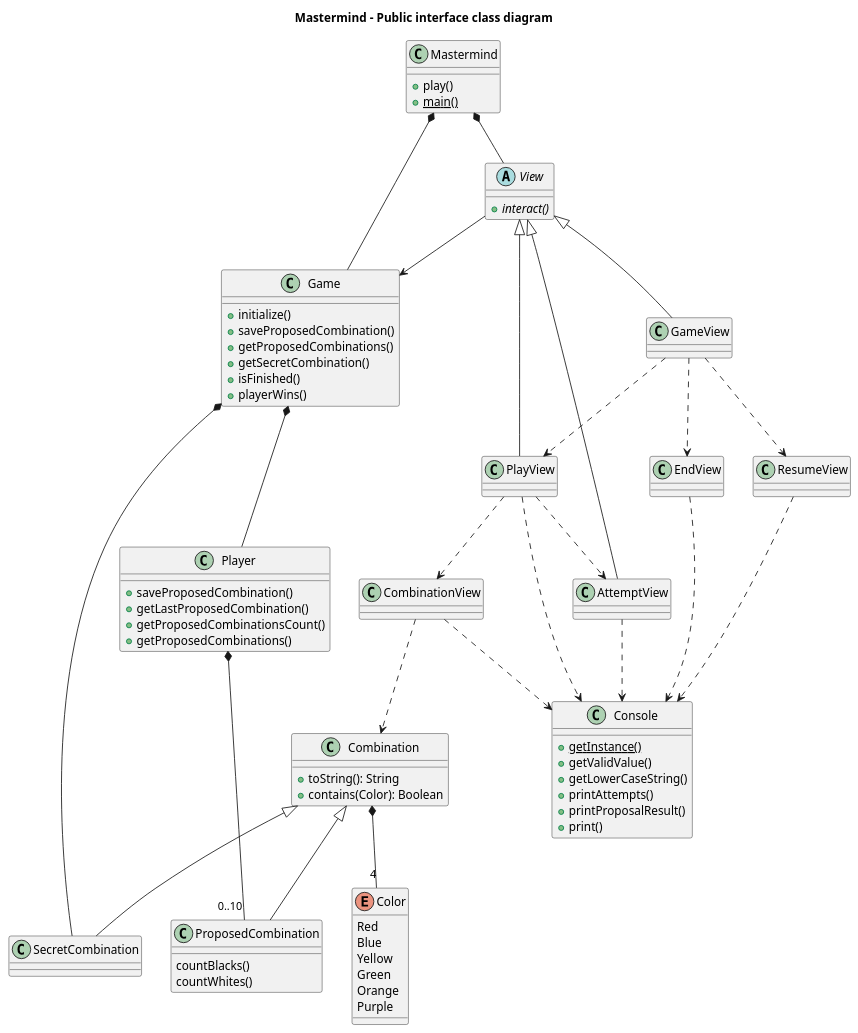
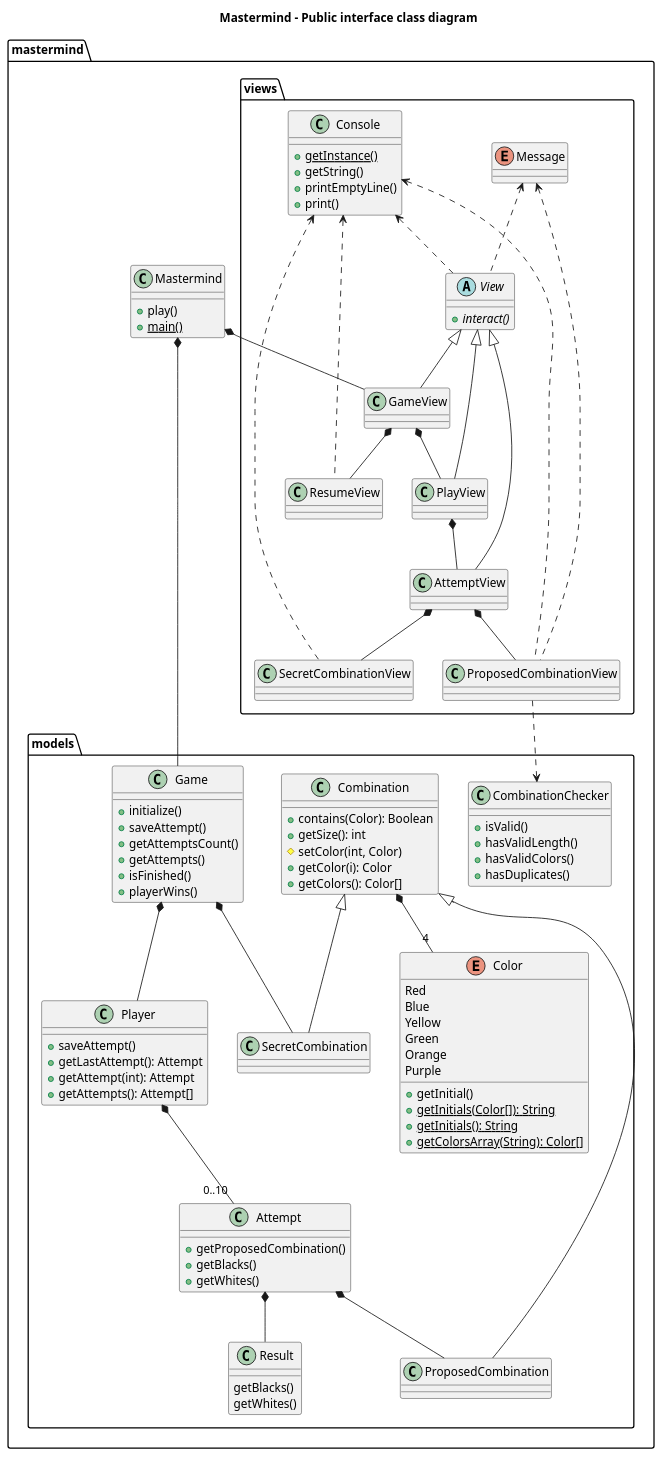
One commit to Master-Desarrollo-20-21/diseno-oo-ejercicio2-mastermind-document-view-ferllop changed the diagram in diagram.plantuml. Above: the diagram before and after it, drawn with PlantUML.

Commit message:
Update diagram.plantuml
Implement DocumentView. Second chance

```diff
--- a/diagram.plantuml
+++ b/diagram.plantuml
@@ -1,81 +1,119 @@
 @startuml
 
 title Mastermind - Public interface class diagram
 
-class Mastermind {
-    +play()
-    +{static} main()
+package mastermind{
+
+    class Mastermind {
+        +play()
+        +{static} main()
+    }
+    
+    package mastermind.models {
+        Mastermind *-- Game
+        
+        class Game {
+            +initialize()
+            +saveAttempt()
+            +getAttemptsCount()
+            +getAttempts()
+            +isFinished()
+            +playerWins()
+        }
+        Game *-- SecretCombination
+        Game *-- Player
+        
+        class Combination{
+            +contains(Color): Boolean
+            +getSize(): int
+            #setColor(int, Color)
+            +getColor(i): Color
+            +getColors(): Color[]
+        }
+        Combination *-- "4" Color
+        Combination <|-- SecretCombination
+        Combination <|-- ProposedCombination
+        
+        class Attempt {
+            +getProposedCombination()
+            +getBlacks()
+            +getWhites()
+        }
+        Attempt *-- ProposedCombination
+        Attempt *-- Result
+        
+        class Result {
+            getBlacks()
+            getWhites()
+        }
+        
+        class Player {
+            +saveAttempt()
+            +getLastAttempt(): Attempt
+            +getAttempt(int): Attempt
+            +getAttempts(): Attempt[]
+        }
+        Player *-- "0..10"Attempt
+        
+        Enum Color {
+            Red
+            Blue
+            Yellow
+            Green
+            Orange
+            Purple
+            +getInitial()
+            +{static}getInitials(Color[]): String
+            +{static}getInitials(): String
+            +{static}getColorsArray(String): Color[]
+        }
+        
+        class CombinationChecker{
+            +isValid()
+            +hasValidLength()
+            +hasValidColors()
+            +hasDuplicates()
+        }
+    }
+    
+    package mastermind.views {
+        Mastermind *-- GameView
+        
+        abstract class View {
+            +{abstract}interact()
+        }
+        View <|-- GameView
+        View <|-- PlayView
+        View <|-- AttemptView
+        
+        class GameView{}
+        GameView *-- PlayView
+        GameView *-- ResumeView
+        
+        class PlayView{}
+        PlayView *-- AttemptView
+        
+        class AttemptView{}
+        AttemptView *-- ProposedCombinationView
+        AttemptView *-- SecretCombinationView
+        
+        class ProposedCombinationView{}
+        ProposedCombinationView ..> CombinationChecker
+        
+        enum Message{}
+        Message <.. ProposedCombinationView
+        Message <.. View
+        
+        class Console {
+            +{static}getInstance()
+            +getString()
+            +printEmptyLine()
+            +print()
+        }
+        Console <.. View
+        Console <.. ProposedCombinationView
+        Console <.. SecretCombinationView
+        Console <.. ResumeView
+    }
 }
-Mastermind *-- Game
-Mastermind *-- View
-
-class Game {
-    +initialize()
-    +saveProposedCombination()
-    +getProposedCombinations()
-    +getSecretCombination()
-    +isFinished()
-    +playerWins()
-}
-Game *-- SecretCombination
-Game *-- Player
-
-class Combination{
-    +toString(): String
-    +contains(Color): Boolean
-}
-Combination *-- "4" Color
-Combination <|-- SecretCombination
-Combination <|-- ProposedCombination
-
-class ProposedCombination {
-    countBlacks()
-    countWhites()
-}
-
-class Player {
-    +saveProposedCombination()
-    +getLastProposedCombination()
-    +getProposedCombinationsCount()
-    +getProposedCombinations()
-}
-Player *-- "0..10"ProposedCombination
-
-Enum Color {
-    Red
-    Blue
-    Yellow
-    Green
-    Orange
-    Purple
-}
-
-
-abstract class View {
-    +{abstract}interact()
-}
-View <|-- GameView
-View <|-- PlayView
-View <|-- AttemptView
-View --> Game
-GameView ..> PlayView
-GameView ..> ResumeView
-GameView ..> EndView
-PlayView ..> AttemptView
-PlayView ..> CombinationView
-CombinationView ..> Combination
-
-class Console {
-    +{static}getInstance()
-    +getValidValue()
-    +getLowerCaseString()
-    +printAttempts()
-    +printProposalResult()
-    +print()
-}
-PlayView ..> Console
-AttemptView ..> Console
-ResumeView ..> Console
-EndView ..> Console
-CombinationView ..> Console
 @enduml
```
